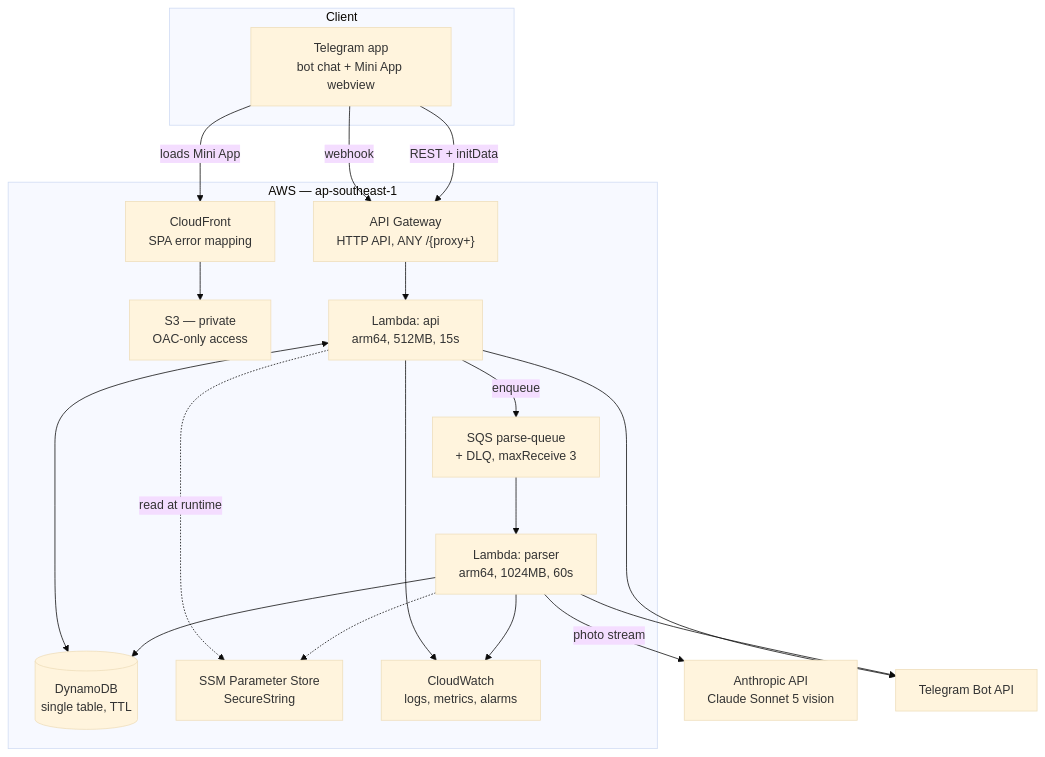
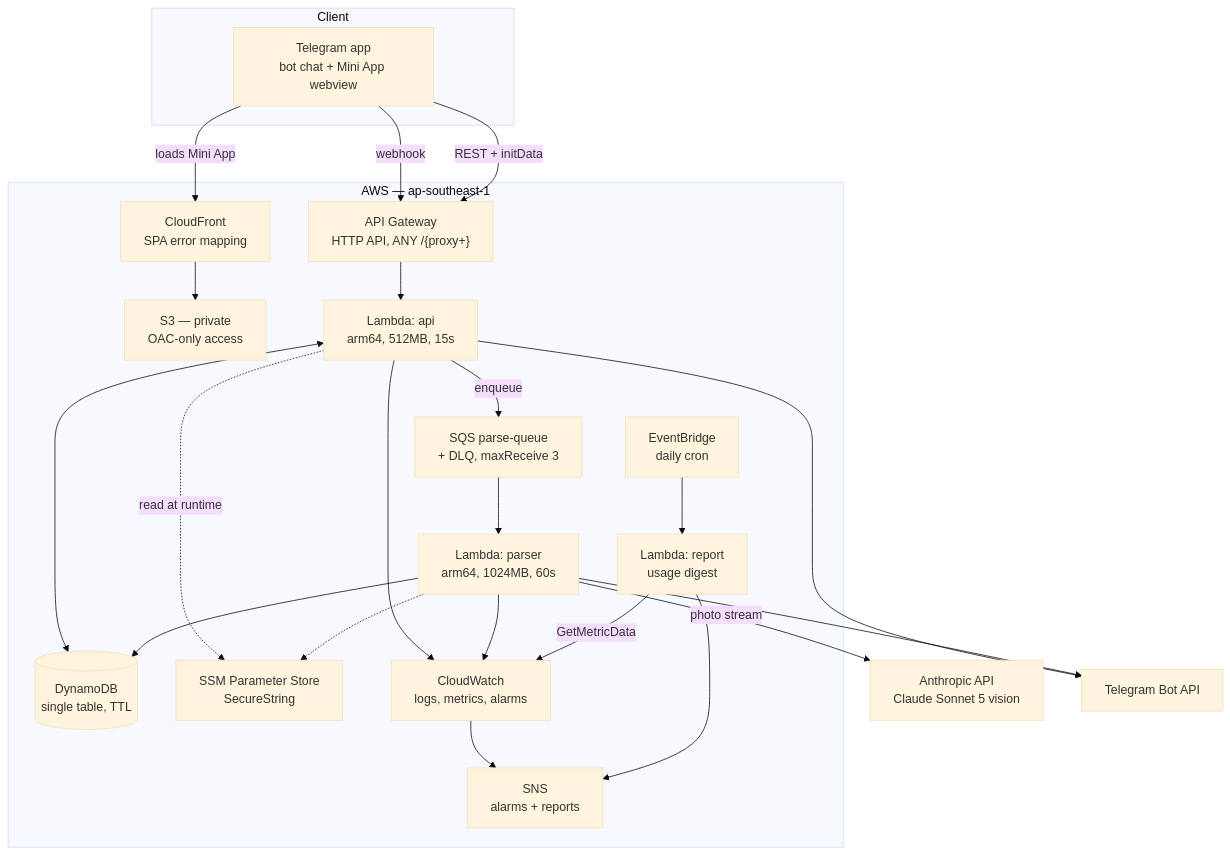
Before and after one commit to anyhowwws/AnySplit: the first of 4 diagrams in DESIGN.md, drawn with Mermaid (base theme). The commit also changed other lines of this file and 9 other files, not shown here.

````diff
--- a/DESIGN.md
+++ b/DESIGN.md
@@ -21,37 +23,44 @@
 ```mermaid
 flowchart TB
     subgraph client["Client"]
         TG["Telegram app<br/>bot chat + Mini App webview"]
     end
 
     subgraph aws["AWS — ap-southeast-1"]
         CF["CloudFront<br/>SPA error mapping"]
         S3["S3 — private<br/>OAC-only access"]
         APIGW["API Gateway<br/>HTTP API, ANY /{proxy+}"]
         API["Lambda: api<br/>arm64, 512MB, 15s"]
         SQS["SQS parse-queue<br/>+ DLQ, maxReceive 3"]
         PARSER["Lambda: parser<br/>arm64, 1024MB, 60s"]
         DDB[("DynamoDB<br/>single table, TTL")]
         SSM["SSM Parameter Store<br/>SecureString"]
         CW["CloudWatch<br/>logs, metrics, alarms"]
+        CRON["EventBridge<br/>daily cron"]
+        REPORT["Lambda: report<br/>usage digest"]
+        SNS["SNS<br/>alarms + reports"]
     end
 
     ANTHROPIC["Anthropic API<br/>Claude Sonnet 5 vision"]
     TGAPI["Telegram Bot API"]
 
     TG -->|"webhook"| APIGW
     TG -->|"loads Mini App"| CF
     CF --> S3
     TG -->|"REST + initData"| APIGW
     APIGW --> API
     API -->|"enqueue"| SQS
     SQS --> PARSER
     PARSER -->|"photo stream"| ANTHROPIC
     API <--> DDB
     PARSER --> DDB
     API -.->|"read at runtime"| SSM
     PARSER -.-> SSM
     API --> TGAPI
     PARSER --> TGAPI
     API & PARSER --> CW
+    CW --> SNS
+    CRON --> REPORT
+    REPORT -->|"GetMetricData"| CW
+    REPORT --> SNS
 ```
````
